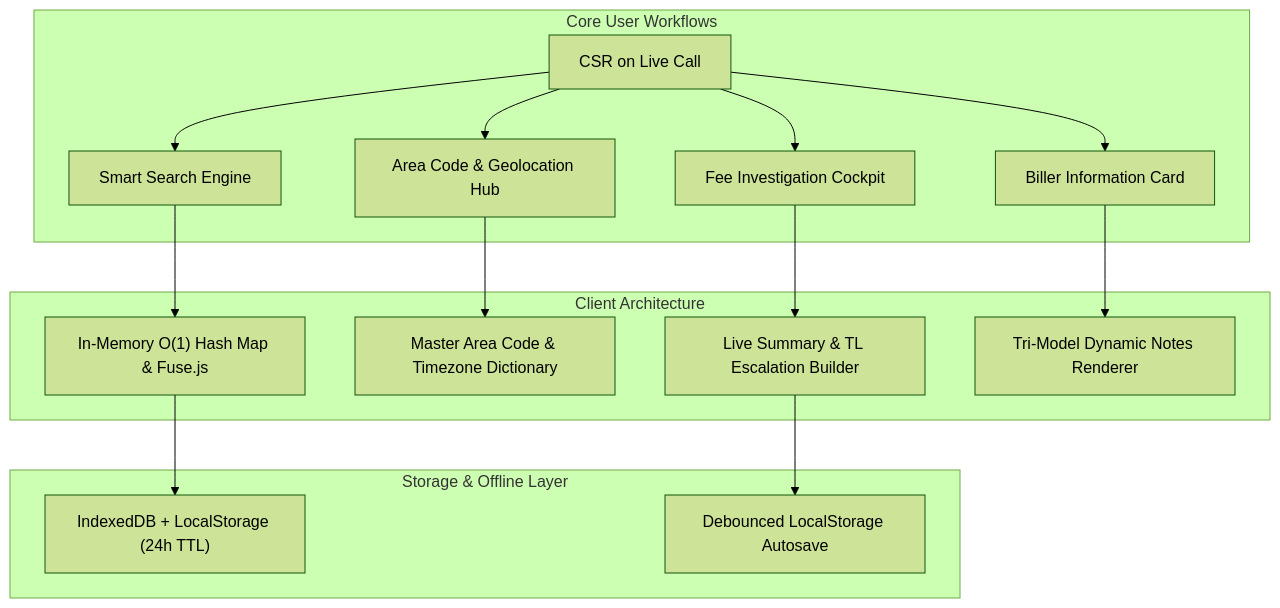
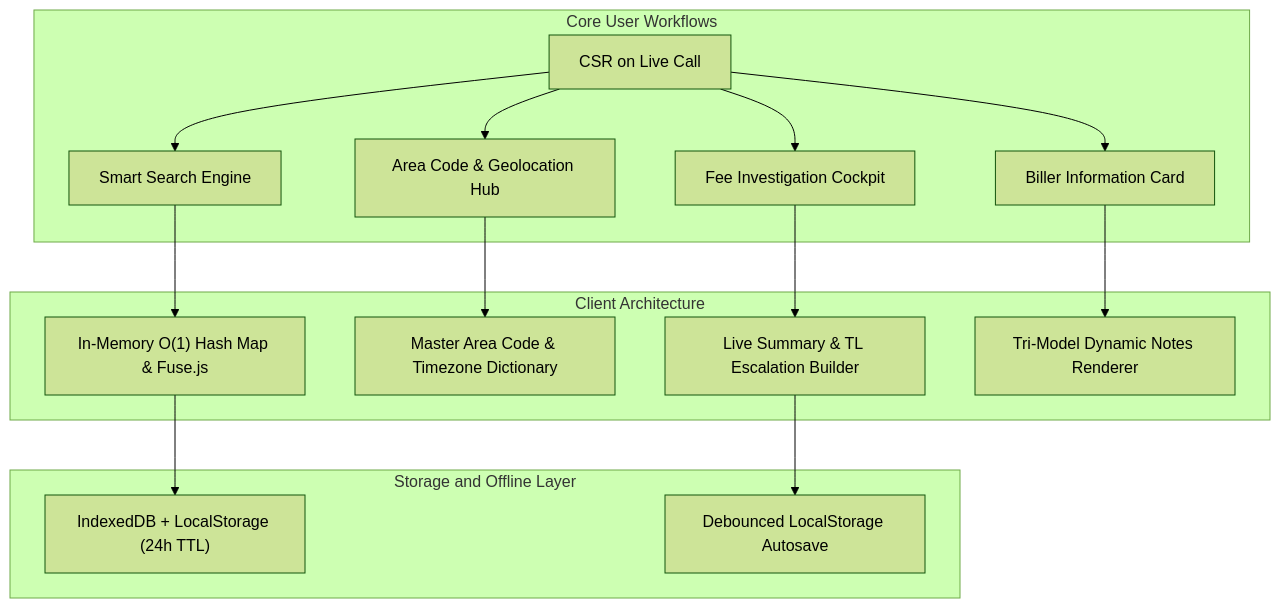
One commit to Harshil8136/chess-game1 changed the first of 7 diagrams in synced-docs/cf-admin/documentation/archive/DO NOT SCAN!/SYSTEM_PERFORMANCE_AND_SECURITY.md. Above: the diagram before and after it, drawn with Mermaid (forest theme). The commit also changed other lines of this file and 4 other files, not shown here.

````diff
--- a/synced-docs/cf-admin/documentation/archive/DO NOT SCAN!/SYSTEM_PERFORMANCE_AND_SECURITY.md
+++ b/synced-docs/cf-admin/documentation/archive/DO NOT SCAN!/SYSTEM_PERFORMANCE_AND_SECURITY.md
@@ -26,21 +26,21 @@
 ```mermaid
-graph TD
-    subgraph UserWorkflows ["Core User Workflows"]
+flowchart TD
+    subgraph UserWorkflows [Core User Workflows]
         CSR["CSR on Live Call"] --> Search["Smart Search Engine"]
         CSR --> AreaLookup["Area Code & Geolocation Hub"]
         CSR --> FeeTool["Fee Investigation Cockpit"]
         CSR --> BillerCard["Biller Information Card"]
     end
 
-    subgraph ClientArchitecture ["Client Architecture"]
+    subgraph ClientArchitecture [Client Architecture]
         Search --> CoreEngine["In-Memory O(1) Hash Map & Fuse.js"]
         AreaLookup --> LocationData["Master Area Code & Timezone Dictionary"]
         FeeTool --> SummaryBuilder["Live Summary & TL Escalation Builder"]
         BillerCard --> NotesEngine["Tri-Model Dynamic Notes Renderer"]
     end
 
-    subgraph StorageLayer ["Storage & Offline Layer"]
+    subgraph StorageLayer [Storage and Offline Layer]
         CoreEngine --> Cache["IndexedDB + LocalStorage (24h TTL)"]
         SummaryBuilder --> FormPersist["Debounced LocalStorage Autosave"]
     end
 ```
````
